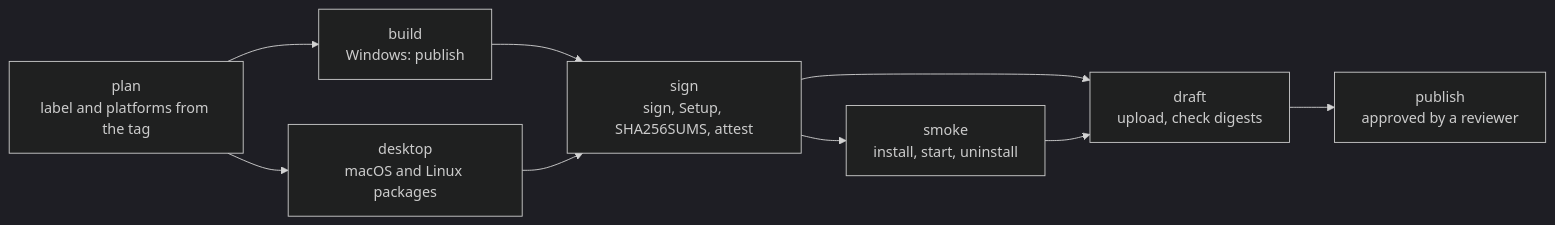
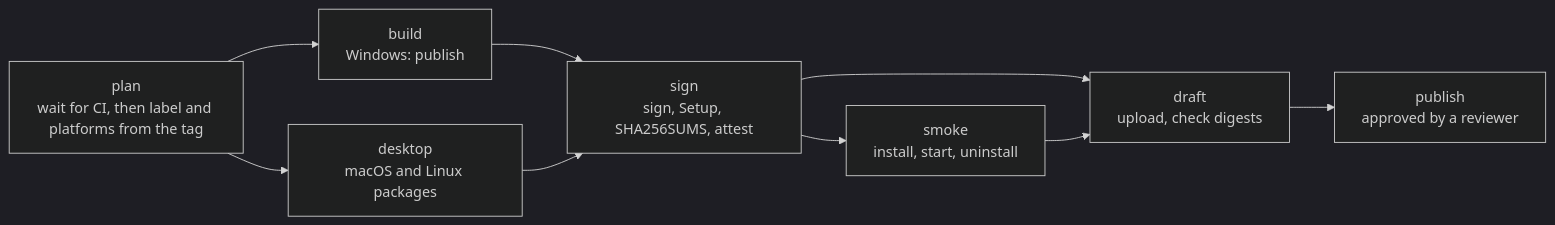
One commit to Albadit/DnnManager.NET changed the diagram in .docs/releasing.md. Above: the diagram before and after it, drawn with Mermaid (dark theme). The commit also changed other lines of this file and 10 other files, not shown here.

````diff
--- a/.docs/releasing.md
+++ b/.docs/releasing.md
@@ -210,11 +199,11 @@
 ```mermaid
 flowchart LR
-    plan["plan<br/>label and platforms from the tag"] --> build["build<br/>Windows: publish"]
+    plan["plan<br/>wait for CI, then label and platforms from the tag"] --> build["build<br/>Windows: publish"]
     plan --> desktop["desktop<br/>macOS and Linux packages"]
     build --> sign["sign<br/>sign, Setup, SHA256SUMS, attest"]
     desktop --> sign
     sign --> smoke["smoke<br/>install, start, uninstall"]
     sign --> draft["draft<br/>upload, check digests"]
     smoke --> draft
     draft --> publish["publish<br/>approved by a reviewer"]
 ```
````
